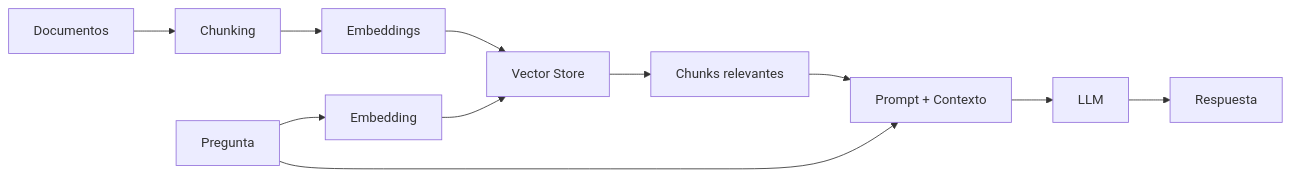
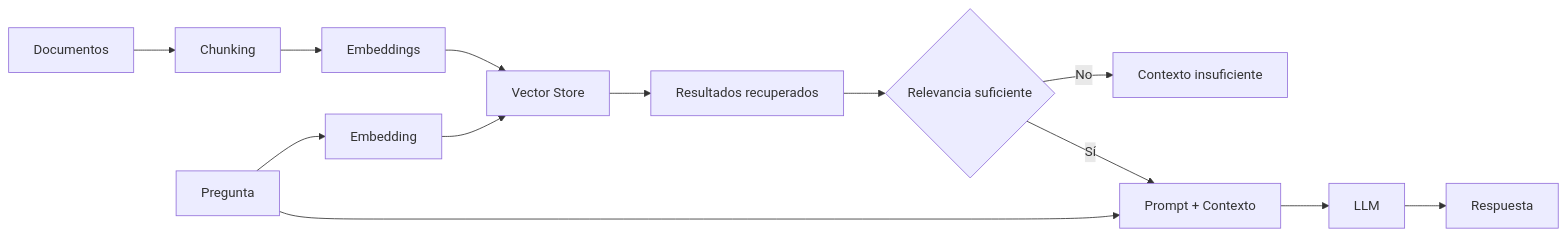
The fourth of 8 diagrams in ROADMAP.md (danielcalvindeveloper/dac-learning-ai-dotnet), drawn with Mermaid before and after one commit. The commit also changed other lines of this file and 42 other files, not shown here.

````diff
--- a/ROADMAP.md
+++ b/ROADMAP.md
@@ -402,16 +430,18 @@
 ```mermaid
 flowchart LR
     D[Documentos] --> C[Chunking]
     C --> E[Embeddings]
     E --> VS[Vector Store]
 
     Q[Pregunta] --> QE[Embedding]
     QE --> VS
-    VS --> R[Chunks relevantes]
+    VS --> R[Resultados recuperados]
 
-    Q --> P[Prompt + Contexto]
-    R --> P
+    R --> V{Relevancia suficiente}
+    V -- No --> N[Contexto insuficiente]
+    V -- Sí --> P[Prompt + Contexto]
+    Q --> P
 
     P --> LLM[LLM]
     LLM --> A[Respuesta]
 ```
````
